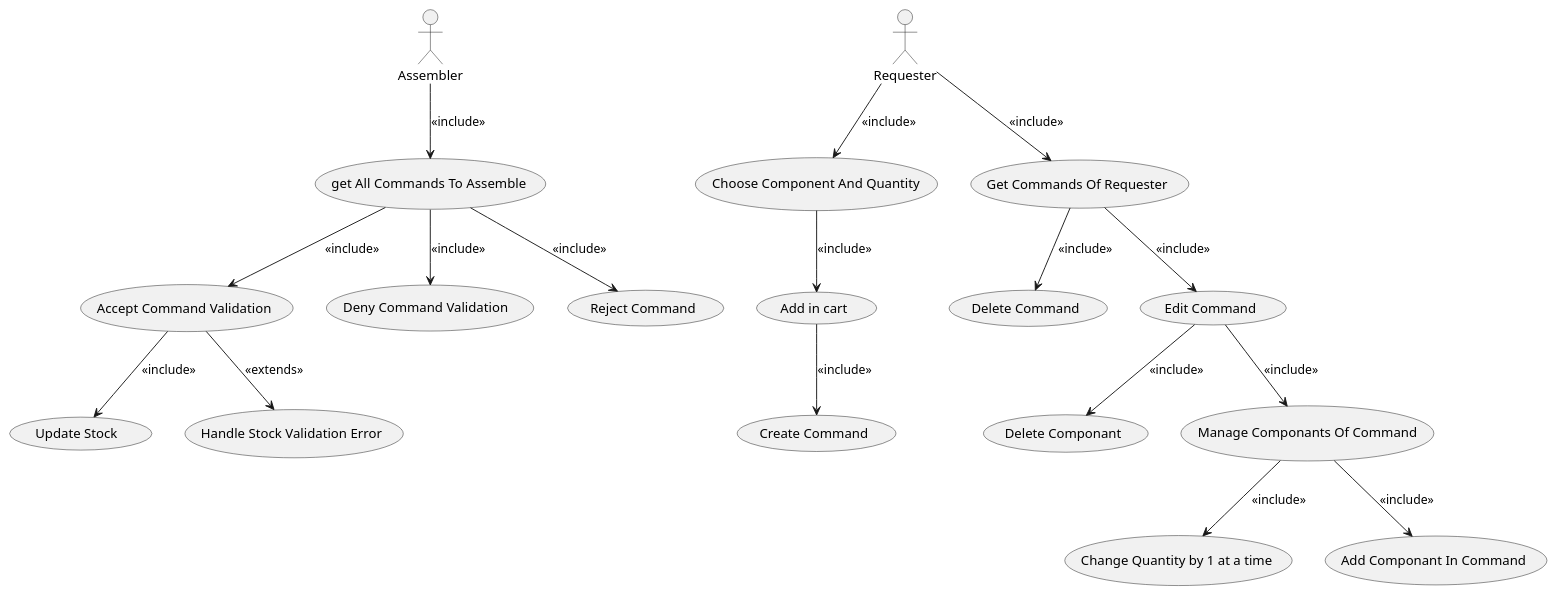
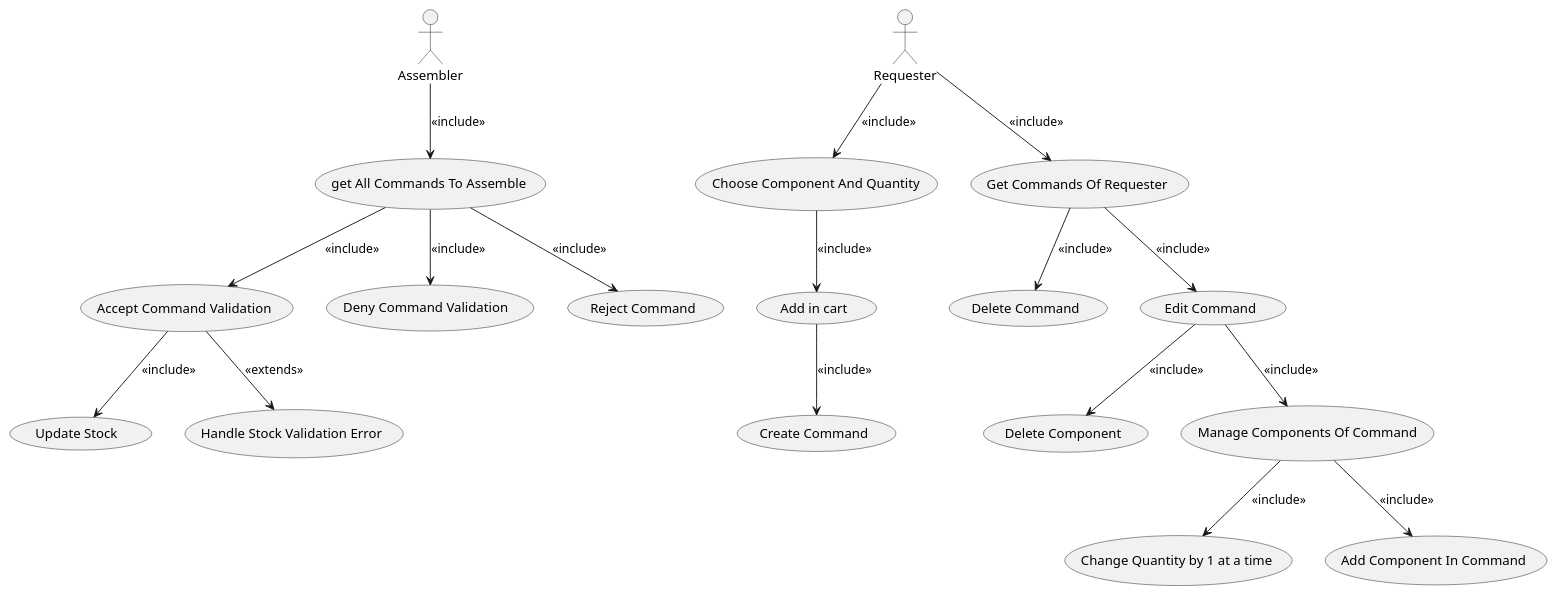
The first of 15 diagrams in README.md (Yorkchk/PC_sur_mesure_Mobile_app), drawn with PlantUML before and after one commit. The commit also changed other lines of this file, not shown here.

````diff
--- a/README.md
+++ b/README.md
@@ -56,50 +51,44 @@
+```plantuml
 @startuml
 actor Assembler
 actor Requester
 
 usecase "get All Commands To Assemble" as UC1
 usecase "Accept Command Validation" as UC2
 usecase "Deny Command Validation " as UC3
 usecase "Reject Command" as UC4
 usecase "Update Stock " as UC5
 usecase "Choose Component And Quantity" as UC6
 usecase "Add in cart" as UC7
 usecase "Create Command" as UC8
 usecase "Get Commands Of Requester" as UC9
 usecase "Delete Command" as UC10
 usecase "Edit Command" as UC11
-usecase "Delete Componant" as UC12
+usecase "Delete Component" as UC12
 usecase "Change Quantity by 1 at a time" as UC13
-usecase "Manage Componants Of Command" as UC14
+usecase "Manage Components Of Command" as UC14
 usecase "Handle Stock Validation Error" as UC17
 
-
-usecase "Add Componant In Command" as UC16
-
+usecase "Add Component In Command" as UC16
 
 Requester --> UC6 : <<include>>
 UC6 --> UC7 : <<include>>
 UC7 --> UC8 : <<include>>
 
 Requester --> UC9 : <<include>>
 UC9 --> UC10 : <<include>>
 UC9 --> UC11 : <<include>>
 UC11 --> UC12 : <<include>>
 
 UC11 --> UC14 : <<include>>
 UC14 --> UC16 : <<include>>
 UC14 --> UC13 : <<include>>
 
-
-
 Assembler --> UC1 : <<include>>
 UC1 --> UC2 : <<include>>
 UC1 --> UC3 : <<include>>
 UC1 --> UC4 : <<include>>
 UC2 --> UC5 : <<include>>
 UC2 --> UC17 : <<extends>>
-
-
-
-
 @enduml
+```
````
